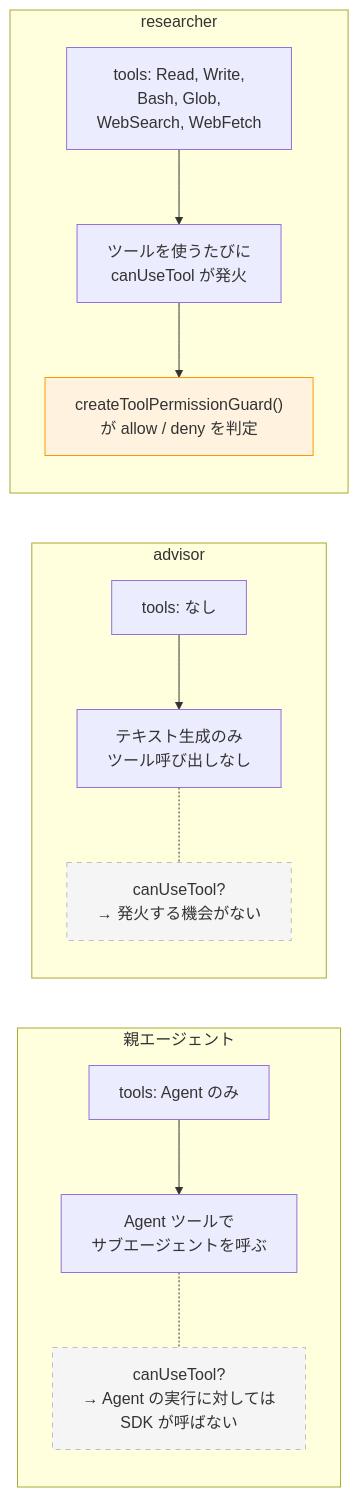
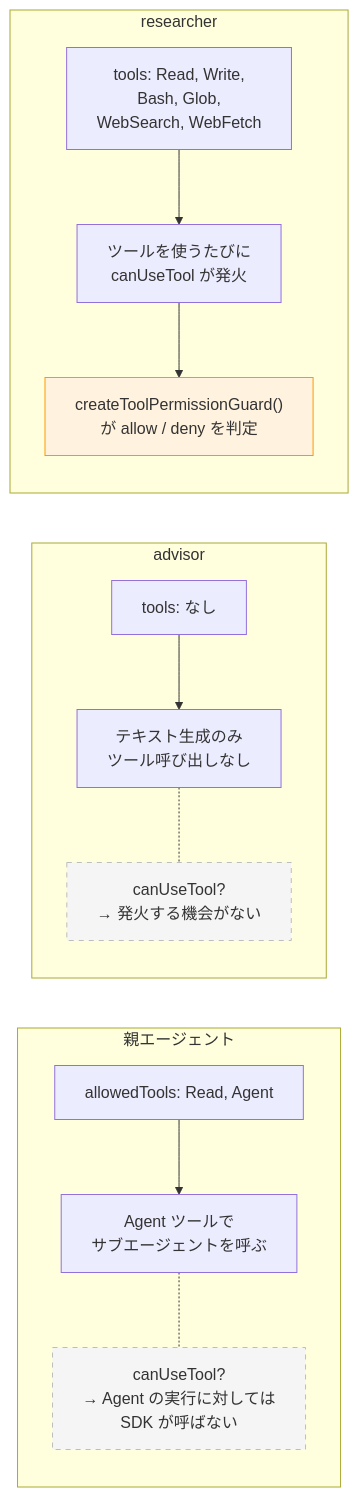
One commit to yukaorange/dcc_suport changed diagram 16 of 28 in docs/architecture.md. Above: the diagram before and after it, drawn with Mermaid. The commit also changed other lines of this file and 7 other files, not shown here.

````diff
--- a/docs/architecture.md
+++ b/docs/architecture.md
@@ -458,24 +485,24 @@
 ```mermaid
 flowchart LR
     subgraph parent ["親エージェント"]
-        PT["tools: Agent のみ"]
+        PT["allowedTools: Read, Agent"]
         PT --> PA["Agent ツールで<br>サブエージェントを呼ぶ"]
         PA -.- PG["canUseTool?<br>→ Agent の実行に対しては<br>SDK が呼ばない"]
     end
 
     subgraph advisor_box ["advisor"]
         AT["tools: なし"]
         AT --> AA["テキスト生成のみ<br>ツール呼び出しなし"]
         AA -.- AG["canUseTool?<br>→ 発火する機会がない"]
     end
 
     subgraph researcher_box ["researcher"]
         RT["tools: Read, Write,<br>Bash, Glob,<br>WebSearch, WebFetch"]
         RT --> RA["ツールを使うたびに<br>canUseTool が発火"]
         RA --> RG["createToolPermissionGuard()<br>が allow / deny を判定"]
     end
 
     style PG fill:#f5f5f5,stroke:#bdbdbd,stroke-dasharray: 5 5
     style AG fill:#f5f5f5,stroke:#bdbdbd,stroke-dasharray: 5 5
     style RG fill:#fff3e0,stroke:#ff9800
 ```
````
